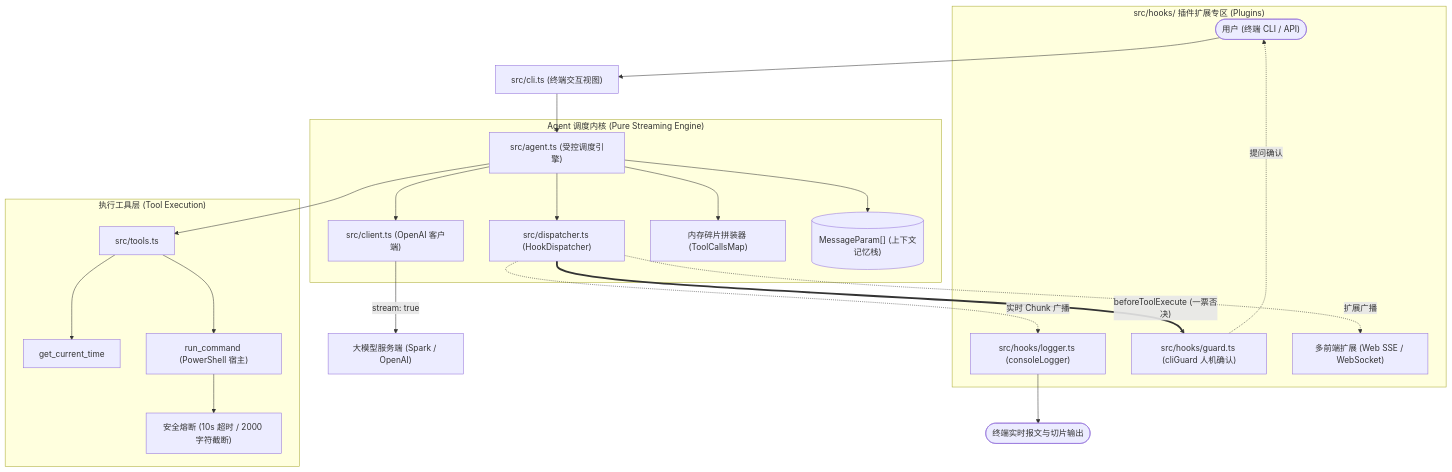
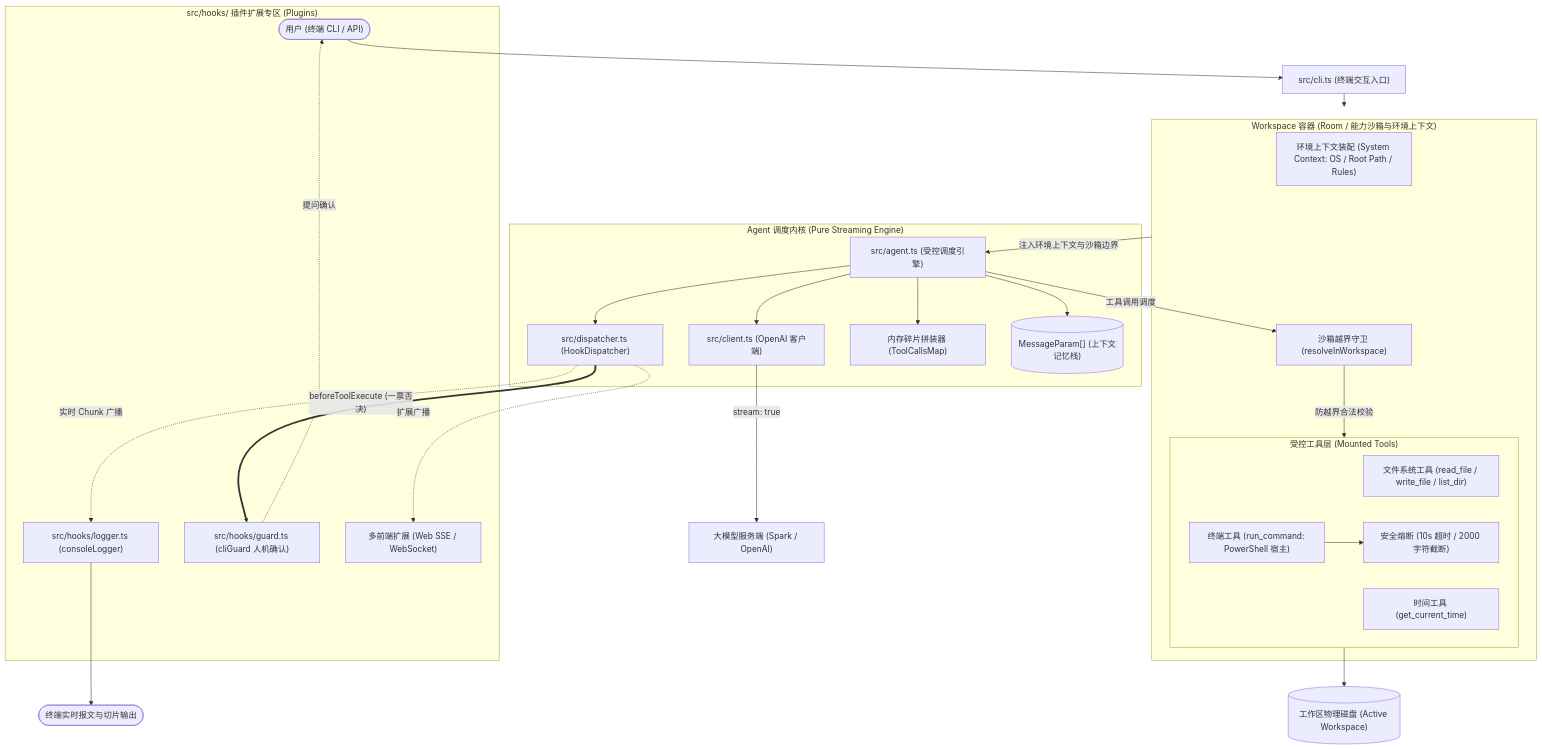
The diagram in docs/README.md (Yancheng-s/ycc), drawn with Mermaid before and after one commit. The commit also changed other lines of this file and 2 other files, not shown here.

Commit message:
docs: add workspace sandbox context and roadmap documentation

````diff
--- a/docs/README.md
+++ b/docs/README.md
@@ -23,29 +24,46 @@
 ```mermaid
 flowchart TD
-    User(["用户 (终端 CLI / API)"]) --> CLI["src/cli.ts (终端交互视图)"]
-    CLI --> Agent["src/agent.ts (受控调度引擎)"]
+    User(["用户 (终端 CLI / API)"]) --> CLI["src/cli.ts (终端交互入口)"]
+
+    subgraph WorkspaceContainer ["Workspace 容器 (Room / 能力沙箱与环境上下文)"]
+        Context["环境上下文装配 (System Context: OS / Root Path / Rules)"]
+        Sandbox["沙箱越界守卫 (resolveInWorkspace)"]
+        
+        subgraph ToolsGroup ["受控工具层 (Mounted Tools)"]
+            FSTools["文件系统工具 (read_file / write_file / list_dir)"]
+            ShellTool["终端工具 (run_command: PowerShell 宿主)"]
+            TimeTool["时间工具 (get_current_time)"]
+            Safety["安全熔断 (10s 超时 / 2000 字符截断)"]
+            ShellTool --> Safety
+        end
+    end
 
     subgraph Kernel ["Agent 调度内核 (Pure Streaming Engine)"]
-        Agent --> Dispatcher["src/dispatcher.ts (HookDispatcher)"]
-        Agent --> Client["src/client.ts (OpenAI 客户端)"]
-        Agent --> Assembler["内存碎片拼装器 (ToolCallsMap)"]
-        Agent --> Memory[("MessageParam[] (上下文记忆栈)")]
+        Agent["src/agent.ts (受控调度引擎)"]
+        Dispatcher["src/dispatcher.ts (HookDispatcher)"]
+        Client["src/client.ts (OpenAI 客户端)"]
+        Assembler["内存碎片拼装器 (ToolCallsMap)"]
+        Memory[("MessageParam[] (上下文记忆栈)")]
+
+        Agent --> Dispatcher
+        Agent --> Client
+        Agent --> Assembler
+        Agent --> Memory
     end
 
     subgraph Plugins ["src/hooks/ 插件扩展专区 (Plugins)"]
         Dispatcher -. 实时 Chunk 广播 .-> Logger["src/hooks/logger.ts (consoleLogger)"]
         Dispatcher == "beforeToolExecute (一票否决)" ==> Guard["src/hooks/guard.ts (cliGuard 人机确认)"]
         Guard -. 提问确认 .-> User
         Dispatcher -. 扩展广播 .-> Monitor["多前端扩展 (Web SSE / WebSocket)"]
     end
 
-    subgraph Tools ["执行工具层 (Tool Execution)"]
-        Agent --> ToolRunner["src/tools.ts"]
-        ToolRunner --> TimeTool["get_current_time"]
-        ToolRunner --> ShellTool["run_command (PowerShell 宿主)"]
-        ShellTool --> Safety["安全熔断 (10s 超时 / 2000 字符截断)"]
-    end
+    CLI --> WorkspaceContainer
+    WorkspaceContainer -->|注入环境上下文与沙箱边界| Agent
+    Agent -->|工具调用调度| Sandbox
+    Sandbox -->|防越界合法校验| ToolsGroup
+    ToolsGroup --> TargetDisk[("工作区物理磁盘 (Active Workspace)")]
 
     Client -->|stream: true| LLM["大模型服务端 (Spark / OpenAI)"]
     Logger --> ConsoleOutput(["终端实时报文与切片输出"])
 ```
````
